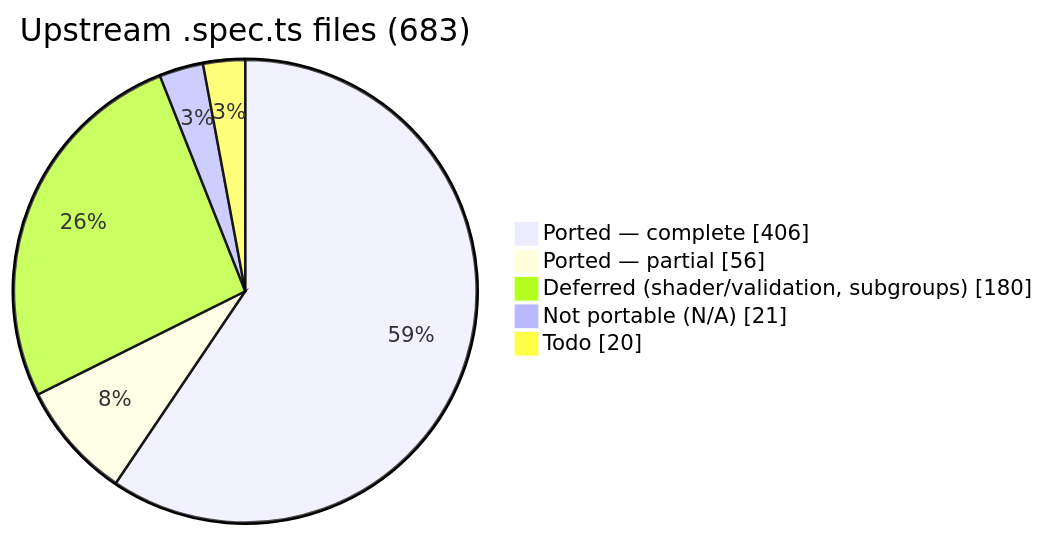
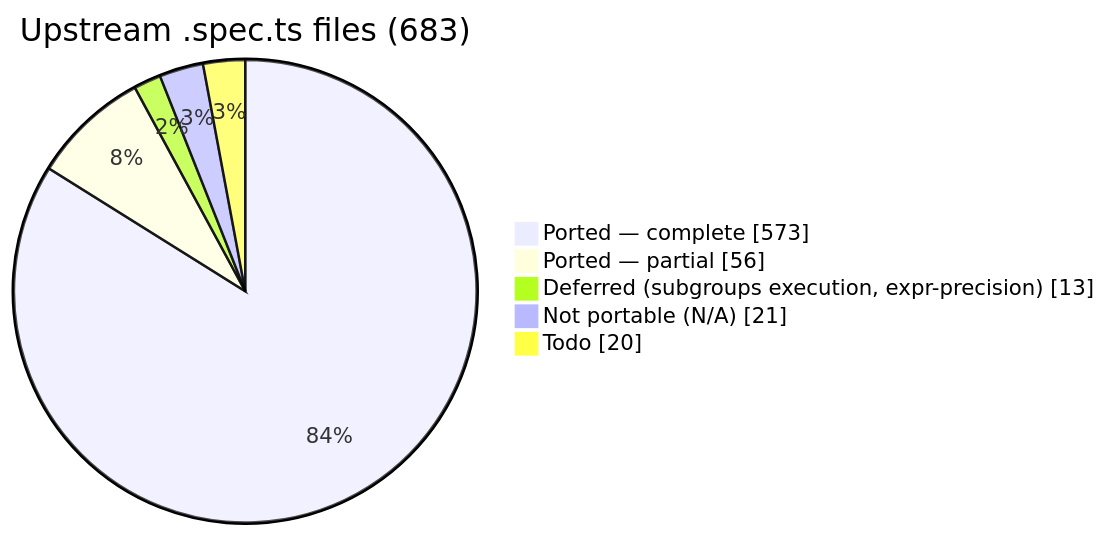
Before and after one commit to infosia/webgpu-native-cts: the first of 2 diagrams in README.md, drawn with Mermaid. The commit also changed other lines of this file and 1 other file, not shown here.

First line of the commit message:
docs(phaseSV2): shader/validation complete (207/207) — coverage + README

````diff
--- a/README.md
+++ b/README.md
@@ -103,9 +107,9 @@
 ```mermaid
 pie showData
     title Upstream .spec.ts files (683)
-    "Ported — complete" : 406
+    "Ported — complete" : 573
     "Ported — partial" : 56
-    "Deferred (shader/validation, subgroups)" : 180
+    "Deferred (subgroups execution, expr-precision)" : 13
     "Not portable (N/A)" : 21
     "Todo" : 20
 ```
````
